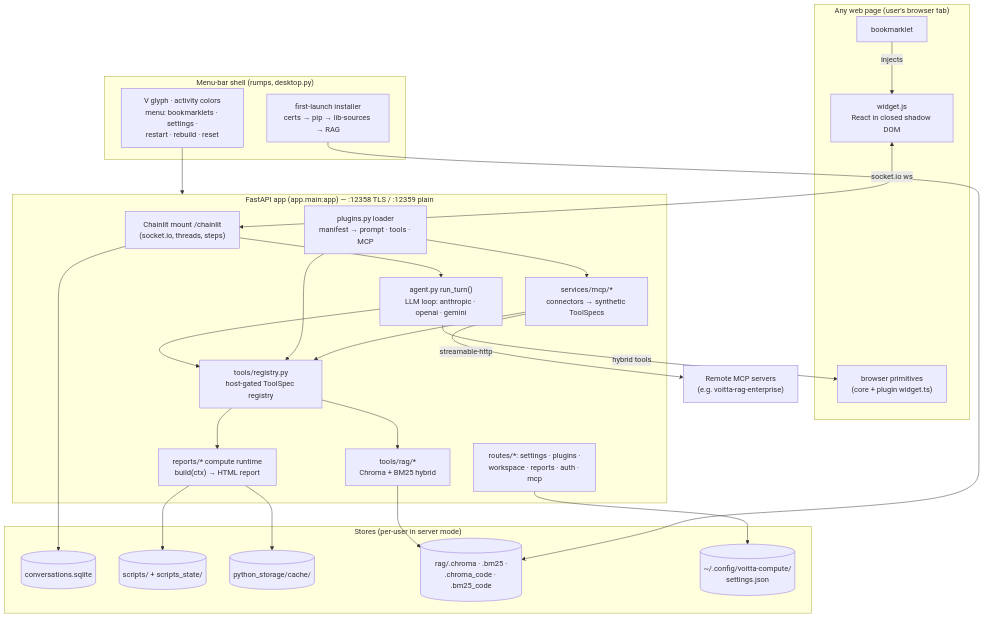
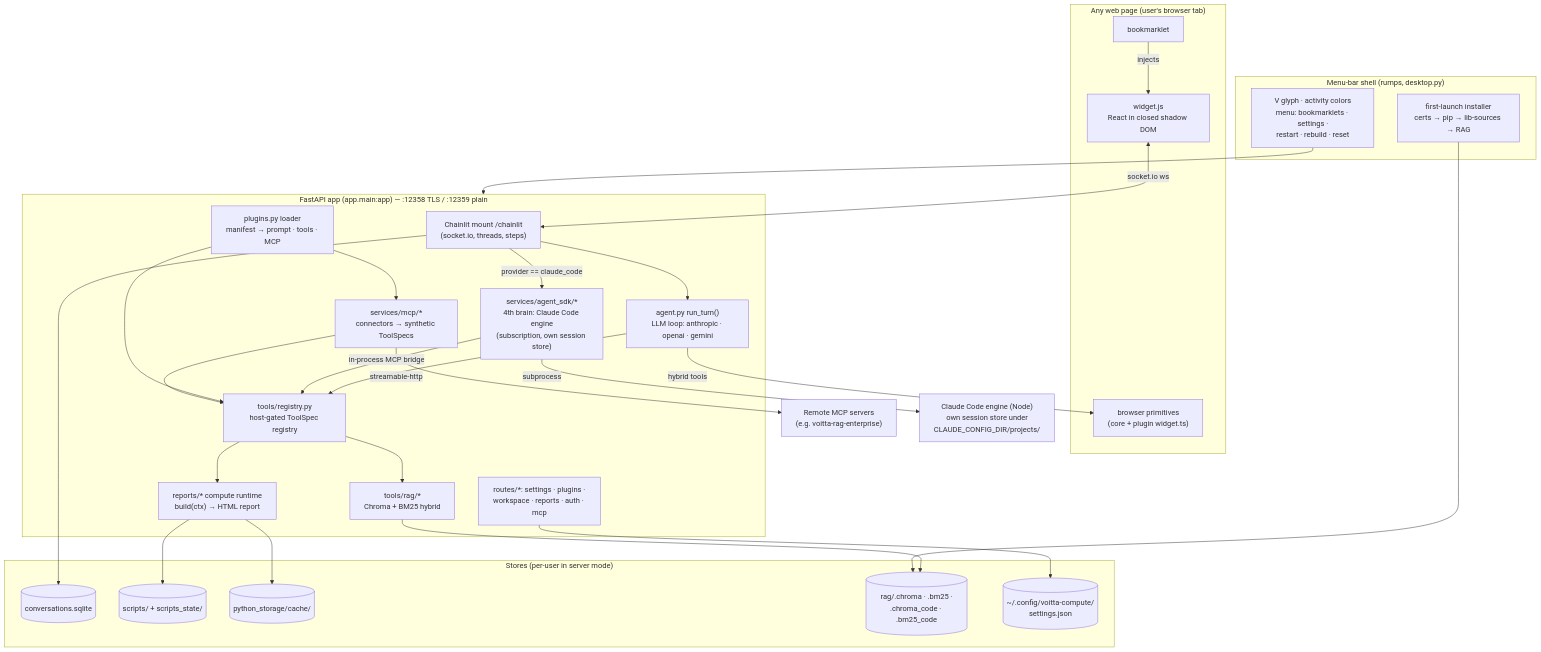
One commit to voitta-ai/voitta-compute changed the first of 10 diagrams in OPERATIONS.md. Above: the diagram before and after it, drawn with Mermaid. The commit also changed other lines of this file and 30 other files, not shown here.

First line of the commit message:
feat: Claude Agent SDK as a 4th "brain" (Pro/Max subscription)

````diff
--- a/OPERATIONS.md
+++ b/OPERATIONS.md
@@ -48,47 +55,51 @@
 ```mermaid
 flowchart TB
     subgraph page["Any web page (user's browser tab)"]
         BM["bookmarklet"] -->|injects| W["widget.js<br/>React in closed shadow DOM"]
         PRIM["browser primitives<br/>(core + plugin widget.ts)"]
     end
 
     subgraph shell["Menu-bar shell (rumps, desktop.py)"]
         TRAY["V glyph · activity colors<br/>menu: bookmarklets · settings ·<br/>restart · rebuild · reset"]
         INST["first-launch installer<br/>certs → pip → lib-sources → RAG"]
     end
 
     subgraph app["FastAPI app (app.main:app) — :12358 TLS / :12359 plain"]
         CL["Chainlit mount /chainlit<br/>(socket.io, threads, steps)"]
         AG["agent.py run_turn()<br/>LLM loop: anthropic · openai · gemini"]
+        ASDK["services/agent_sdk/*<br/>4th brain: Claude Code engine<br/>(subscription, own session store)"]
         REG["tools/registry.py<br/>host-gated ToolSpec registry"]
         PLG["plugins.py loader<br/>manifest → prompt · tools · MCP"]
         MCPC["services/mcp/*<br/>connectors → synthetic ToolSpecs"]
         SCR["reports/* compute runtime<br/>build(ctx) → HTML report"]
         RAGQ["tools/rag/*<br/>Chroma + BM25 hybrid"]
         ROUTES["routes/*: settings · plugins ·<br/>workspace · reports · auth · mcp"]
     end
 
     subgraph stores["Stores (per-user in server mode)"]
         SQL[("conversations.sqlite")]
         SCRD[("scripts/ + scripts_state/")]
         PYS[("python_storage/cache/")]
         RAGI[("rag/.chroma · .bm25 ·<br/>.chroma_code · .bm25_code")]
         SET[("~/.config/voitta-compute/<br/>settings.json")]
     end
 
     REMOTE["Remote MCP servers<br/>(e.g. voitta-rag-enterprise)"]
 
     W <-->|"socket.io ws"| CL
     CL --> AG --> REG
+    CL -->|"provider == claude_code"| ASDK
+    ASDK -->|in-process MCP bridge| REG
+    ASDK -->|subprocess| ENG["Claude Code engine (Node)<br/>own session store under<br/>CLAUDE_CONFIG_DIR/projects/"]
     AG -->|hybrid tools| PRIM
     PLG --> REG
     PLG --> MCPC -->|streamable-http| REMOTE
     MCPC --> REG
     REG --> SCR & RAGQ
     SCR --> PYS & SCRD
     RAGQ --> RAGI
     CL --> SQL
     ROUTES --> SET
     TRAY --> app
     INST --> RAGI
 ```
````
